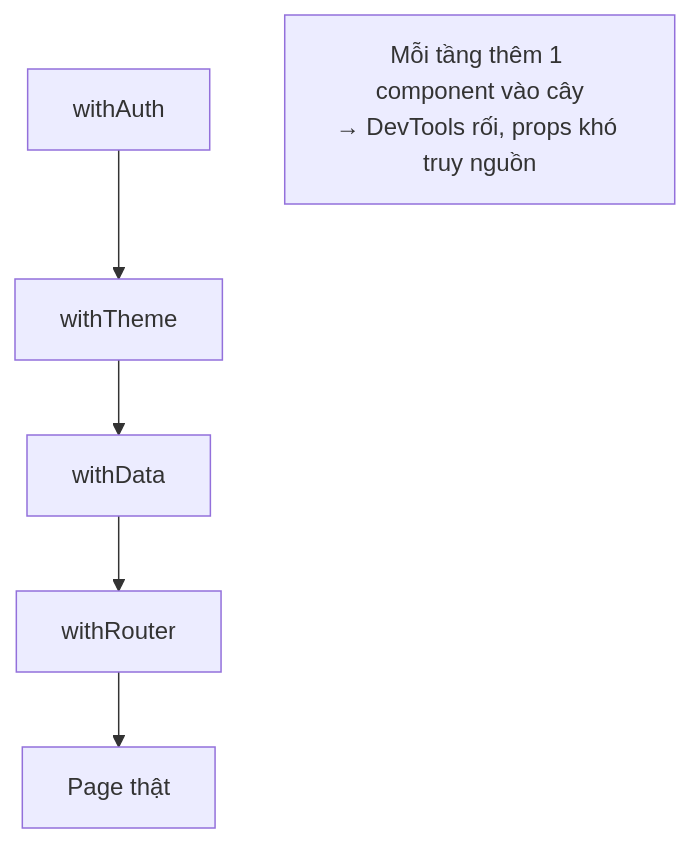
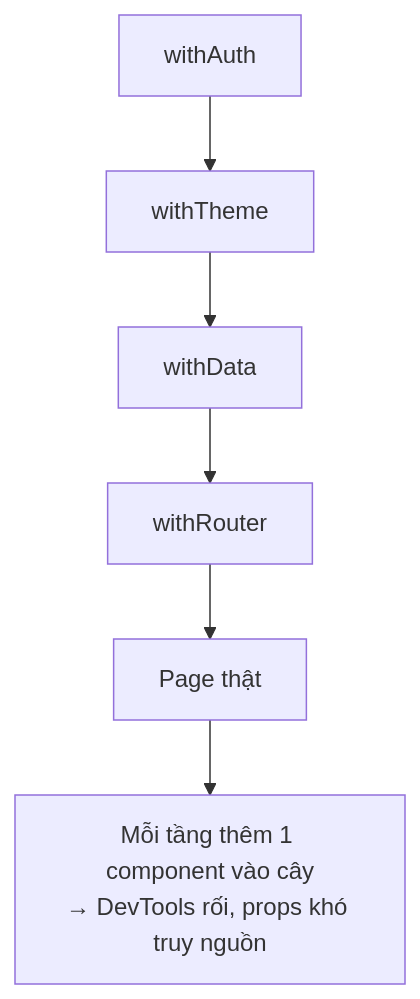
Before and after one commit to vanhiep99w/react-learn: the diagram in content/docs/patterns/render-props.md, drawn with Mermaid. The commit also changed other lines of this file and 16 other files, not shown here.

````diff
--- a/content/docs/patterns/render-props.md
+++ b/content/docs/patterns/render-props.md
@@ -131,5 +164,5 @@
 ```mermaid
 graph TD
     A["withAuth"] --> B["withTheme"] --> C["withData"] --> D["withRouter"] --> E["Page thật"]
-    note["Mỗi tầng thêm 1 component vào cây<br/>→ DevTools rối, props khó truy nguồn"]
+    E --> N["Mỗi tầng thêm 1 component vào cây<br/>→ DevTools rối, props khó truy nguồn"]
 ```
````
